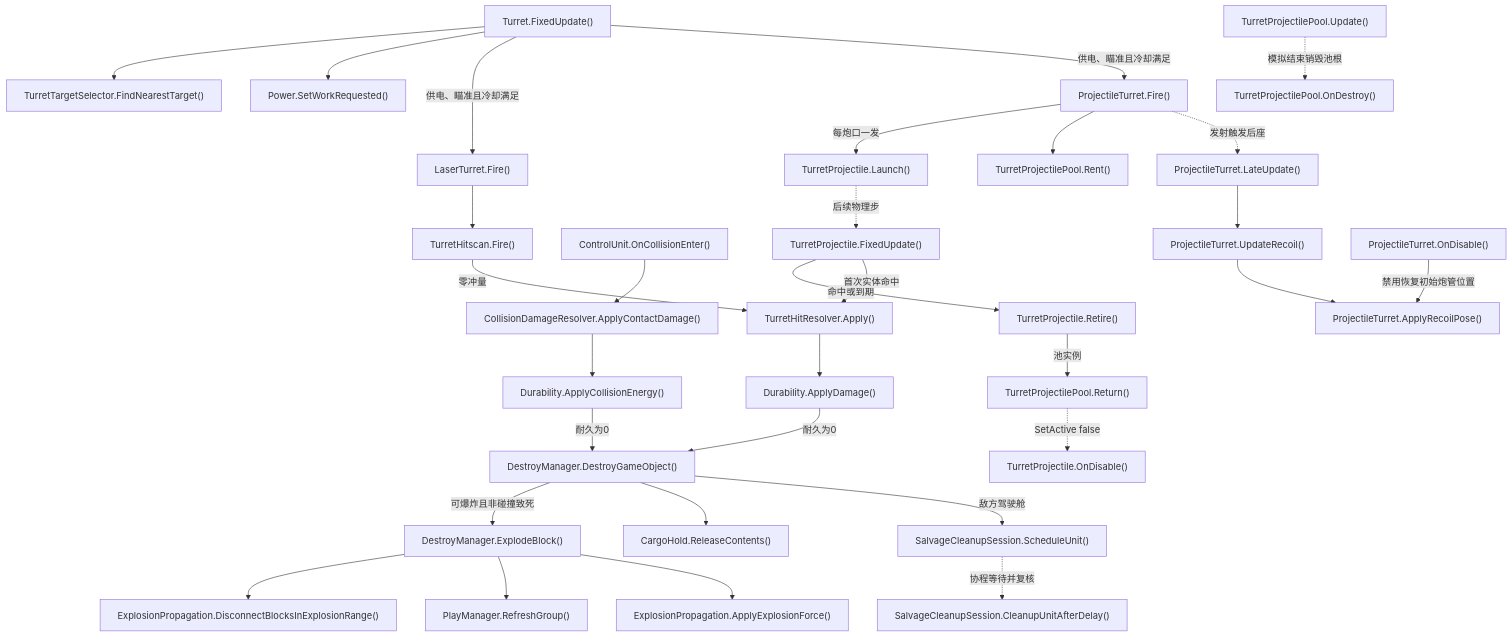
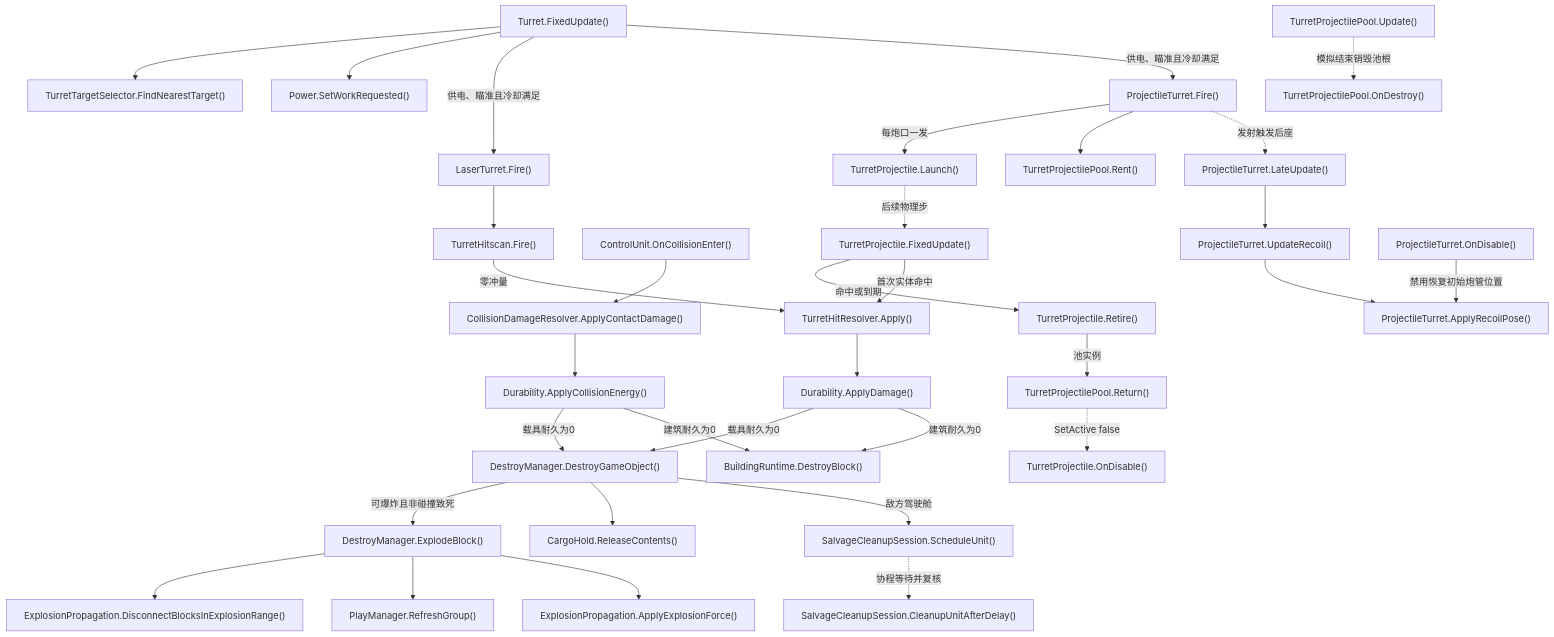
The eighth of 15 diagrams in Docs/RuntimeFlow.md (kukudia/HY-Sandbox), drawn with Mermaid before and after one commit. The commit also changed other lines of this file and 54 other files, not shown here.

First line of the commit message:
feat(world): integrate building blueprints into WorldLab

```diff
--- a/Docs/RuntimeFlow.md
+++ b/Docs/RuntimeFlow.md
@@ -706,13 +706,13 @@
     A["Turret.FixedUpdate()"]
     click A "../Assets/Scripts/Features/Combat/Turret.cs#L71" "打开源码"
     B["TurretTargetSelector.FindNearestTarget()"]
-    click B "../Assets/Scripts/Features/Combat/TurretTargetSelector.cs#L16" "打开源码"
+    click B "../Assets/Scripts/Features/Combat/TurretTargetSelector.cs#L17" "打开源码"
     C["TurretHitscan.Fire()"]
     click C "../Assets/Scripts/Features/Combat/TurretHitscan.cs#L10" "打开源码"
     D["Durability.ApplyDamage()"]
     click D "../Assets/Scripts/Features/Combat/Durability.cs#L63" "打开源码"
     E["ControlUnit.OnCollisionEnter()"]
-    click E "../Assets/Scripts/Features/Simulation/ControlUnit.cs#L254" "打开源码"
+    click E "../Assets/Scripts/Features/Simulation/ControlUnit.cs#L296" "打开源码"
     F["CollisionDamageResolver.ApplyContactDamage()"]
     click F "../Assets/Scripts/Features/Combat/CollisionDamageResolver.cs#L10" "打开源码"
     G["Durability.ApplyCollisionEnergy()"]
@@ -756,7 +756,7 @@
     Z["TurretProjectilePool.Rent()"]
     click Z "../Assets/Scripts/Features/Combat/TurretProjectilePool.cs#L11" "打开源码"
     AA["TurretProjectile.Retire()"]
-    click AA "../Assets/Scripts/Features/Combat/TurretProjectile.cs#L222" "打开源码"
+    click AA "../Assets/Scripts/Features/Combat/TurretProjectile.cs#L223" "打开源码"
     AB["TurretProjectilePool.Return()"]
     click AB "../Assets/Scripts/Features/Combat/TurretProjectilePool.cs#L44" "打开源码"
     AC["TurretProjectile.OnDisable()"]
@@ -765,6 +765,8 @@
     click AD "../Assets/Scripts/Features/Combat/TurretProjectilePool.cs#L57" "打开源码"
     AE["TurretProjectilePool.OnDestroy()"]
     click AE "../Assets/Scripts/Features/Combat/TurretProjectilePool.cs#L65" "打开源码"
+    AF["BuildingRuntime.DestroyBlock()"]
+    click AF "../Assets/Scripts/Features/World/BuildingRuntime.cs#L140" "打开源码"
     A --> B
     A --> U
     A -->|供电、瞄准且冷却满足| P
@@ -786,8 +788,10 @@
     T --> D
     E --> F
     F --> G
-    D -->|耐久为0| H
-    G -->|耐久为0| H
+    D -->|载具耐久为0| H
+    G -->|载具耐久为0| H
+    D -->|建筑耐久为0| AF
+    G -->|建筑耐久为0| AF
     H -->|可爆炸且非碰撞致死| I
     I --> J
     I --> K
```
